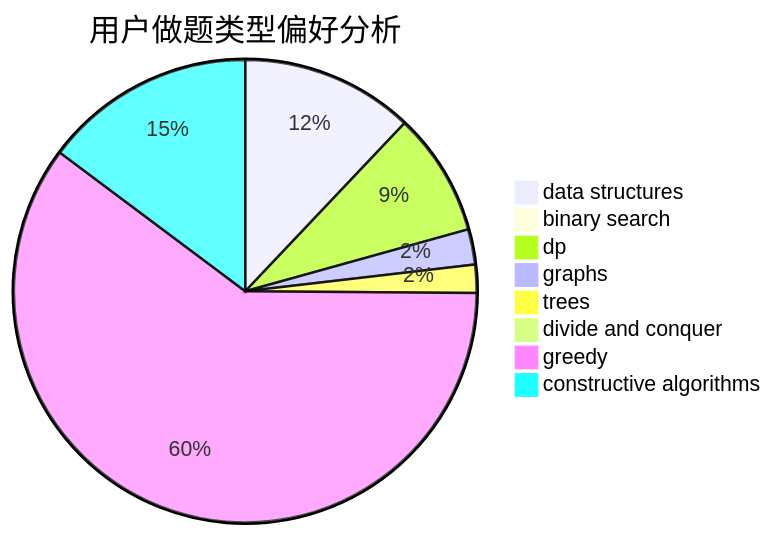
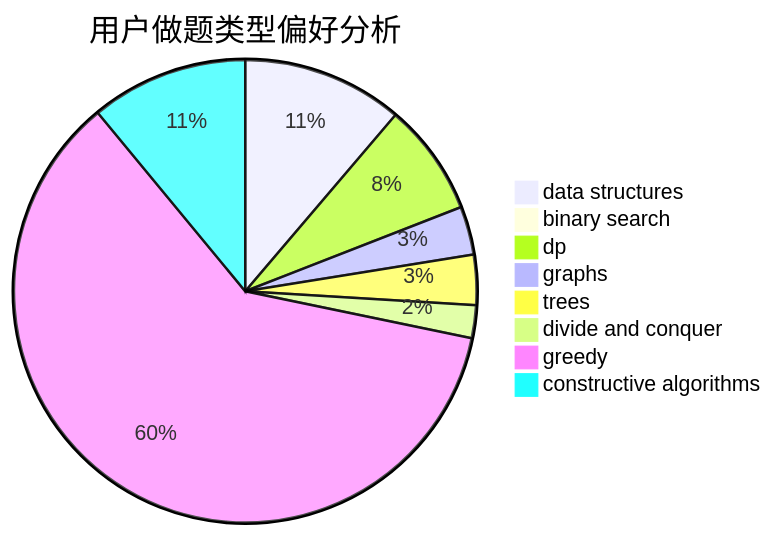
The second of 3 diagrams in docs/user/u1779.md (sherpahu/cfrs.github.io), drawn with Mermaid before and after one commit. The commit also changed other lines of this file and 2770 other files, not shown here.

````diff
--- a/docs/user/u1779.md
+++ b/docs/user/u1779.md
@@ -23,11 +23,11 @@
 ```mermaid
 pie title 用户做题类型偏好分析
-    "data structures" :  49
-    "binary search" :  4
-    "dp" :  35
-    "graphs" :  10
-    "trees" :  8
-    "divide and conquer" :  0
-    "greedy" :  244
-    "constructive algorithms" :  60
+    "data structures" :  93
+    "binary search" :  6
+    "dp" :  65
+    "graphs" :  28
+    "trees" :  29
+    "divide and conquer" :  19
+    "greedy" :  503
+    "constructive algorithms" :  91
 ```
````
